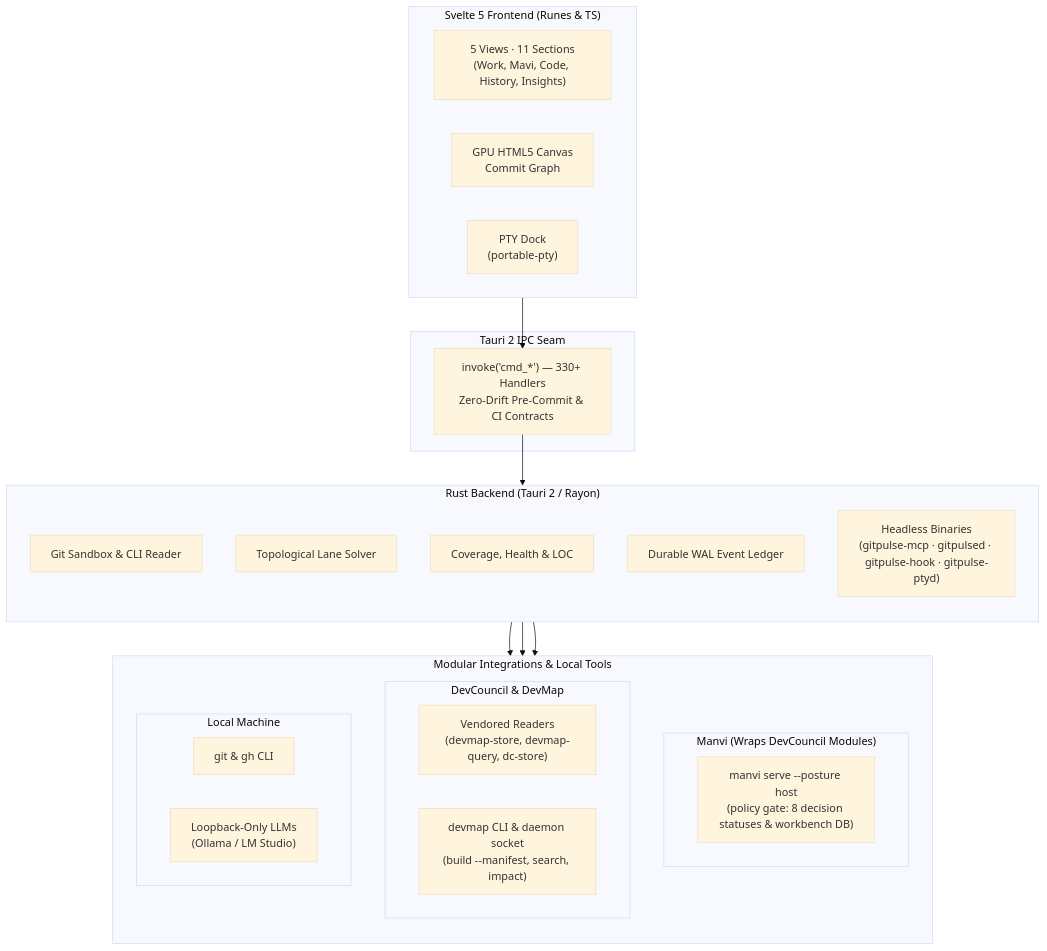
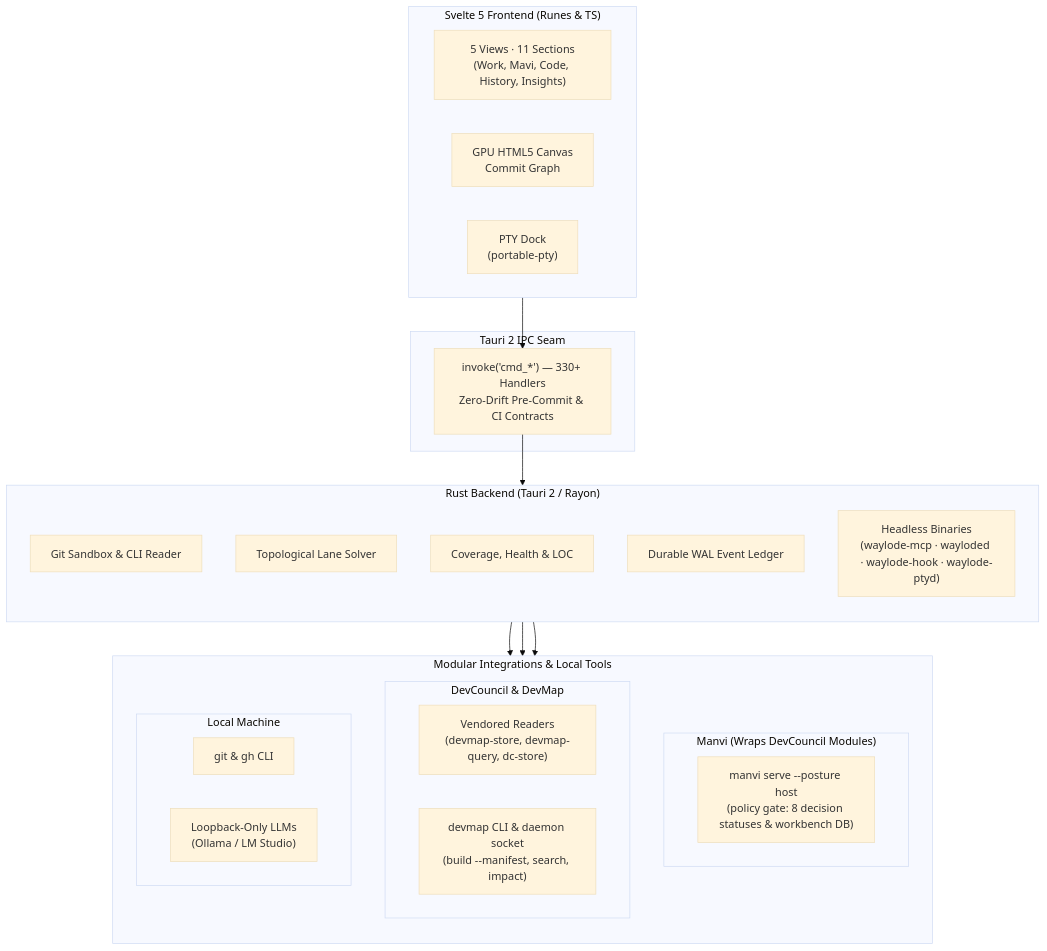
Before and after one commit to bharathvbcr/GitPulse: the diagram in README.md, drawn with Mermaid (base theme). The commit also changed other lines of this file and 57 other files, not shown here.

````diff
--- a/README.md
+++ b/README.md
@@ -249,43 +251,43 @@
 ```mermaid
 flowchart TB
     subgraph Frontend["Svelte 5 Frontend (Runes & TS)"]
         direction LR
         Views["5 Views · 11 Sections<br/>(Work, Mavi, Code, History, Insights)"]
         Canvas["GPU HTML5 Canvas<br/>Commit Graph"]
         TerminalDock["PTY Dock<br/>(portable-pty)"]
     end
 
     subgraph IPC["Tauri 2 IPC Seam"]
         Bridge["invoke('cmd_*') — 330+ Handlers<br/>Zero-Drift Pre-Commit & CI Contracts"]
     end
 
     subgraph Backend["Rust Backend (Tauri 2 / Rayon)"]
         direction TB
         GitEngine["Git Sandbox & CLI Reader"]
         LaneSolver["Topological Lane Solver"]
         Analyzers["Coverage, Health & LOC"]
         Ledger["Durable WAL Event Ledger"]
-        Headless["Headless Binaries<br/>(gitpulse-mcp · gitpulsed · gitpulse-hook · gitpulse-ptyd)"]
+        Headless["Headless Binaries<br/>(waylode-mcp · wayloded · waylode-hook · waylode-ptyd)"]
     end
 
     subgraph Integrations["Modular Integrations & Local Tools"]
         direction TB
         subgraph ManviWrap["Manvi (Wraps DevCouncil Modules)"]
             ManviSidecar["manvi serve --posture host<br/>(policy gate: 8 decision statuses & workbench DB)"]
         end
         subgraph DevCouncilMods["DevCouncil & DevMap"]
             Vendored["Vendored Readers<br/>(devmap-store, devmap-query, dc-store)"]
             DevMapCLI["devmap CLI & daemon socket<br/>(build --manifest, search, impact)"]
         end
         subgraph LocalTools["Local Machine"]
             CLI["git & gh CLI"]
             LocalLLM["Loopback-Only LLMs<br/>(Ollama / LM Studio)"]
         end
     end
 
     Frontend --> Bridge
     Bridge --> Backend
     Backend --> ManviWrap
     Backend --> DevCouncilMods
     Backend --> LocalTools
 ```
````
